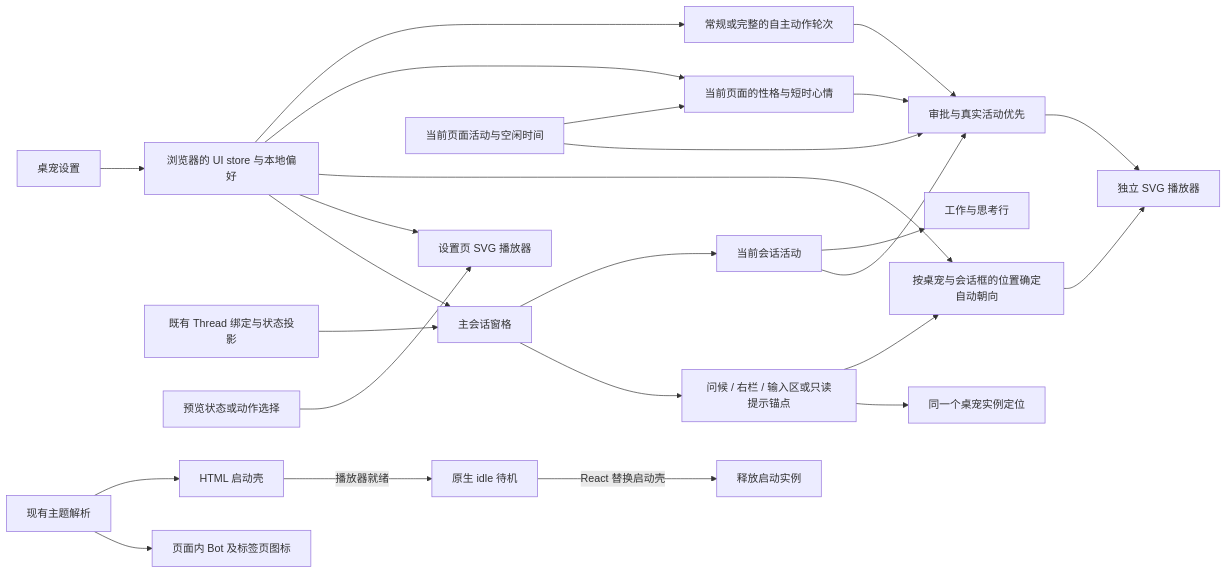
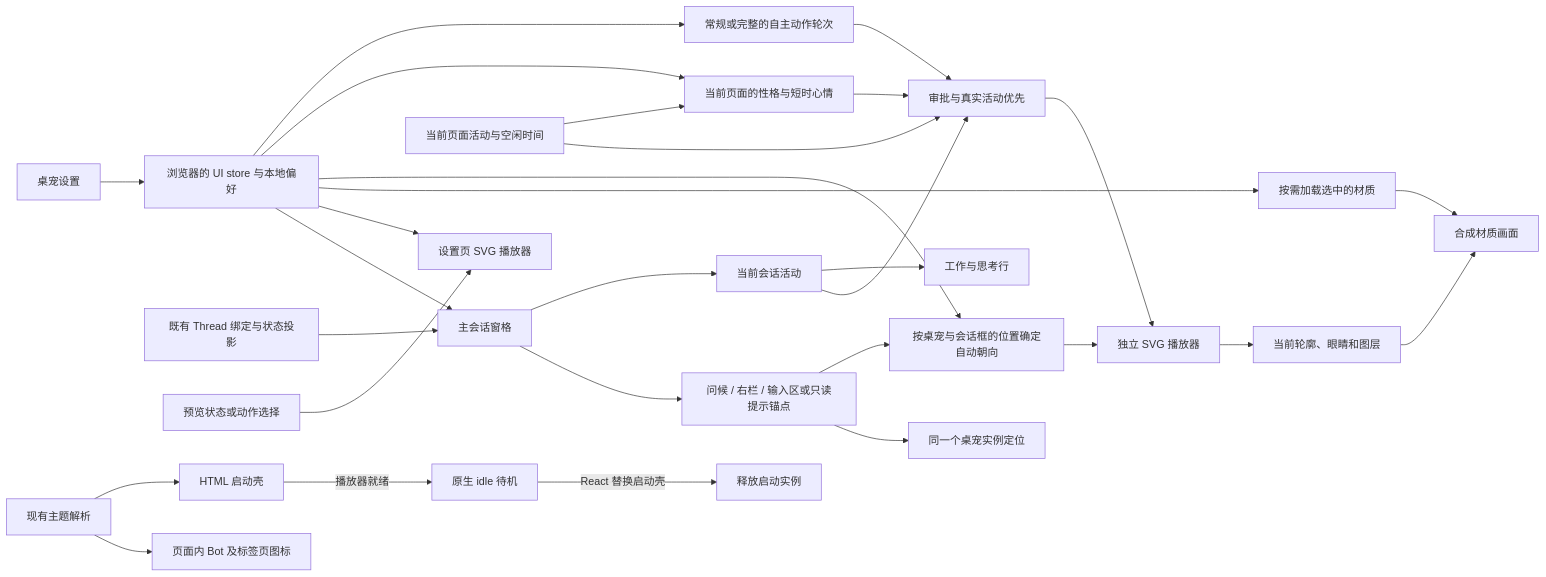
The diagram in specs/selfhost-codex/brand-and-conversation-pet.md (LiangLiang723/codex-web), drawn with Mermaid before and after one commit. The commit also changed other lines of this file and 46 other files, not shown here.

````diff
--- a/specs/selfhost-codex/brand-and-conversation-pet.md
+++ b/specs/selfhost-codex/brand-and-conversation-pet.md
@@ -30,27 +32,31 @@
 ```mermaid
 flowchart LR
   Settings[桌宠设置] --> Preference[浏览器的 UI store 与本地偏好]
   Preference --> Pane[主会话窗格]
   Preference --> Preview[设置页 SVG 播放器]
+  Preference --> Material[按需加载选中的材质]
   Runtime[既有 Thread 绑定与状态投影] --> Pane
   Pane --> Anchor[问候 / 右栏 / 输入区或只读提示锚点]
   Anchor --> Pet[同一个桌宠实例定位]
   Anchor --> Facing[按桌宠与会话框的位置确定自动朝向]
   Preference --> Facing
   Facing --> Player
   Pane --> Activity[当前会话活动]
   Activity --> Motion[审批与真实活动优先]
   Gesture[当前页面活动与空闲时间] --> Motion
   Motion --> Player[独立 SVG 播放器]
+  Player --> Geometry[当前轮廓、眼睛和图层]
+  Geometry --> Paint[合成材质画面]
+  Material --> Paint
   Activity --> Summary[工作与思考行]
   Preference --> Mood[当前页面的性格与短时心情]
   Gesture --> Mood
   Mood --> Motion
   Preference --> Repertoire[常规或完整的自主动作轮次]
   Repertoire --> Motion
   Preset[预览状态或动作选择] --> Preview[设置页 SVG 播放器]
   Theme[现有主题解析] --> Mark[页面内 Bot 及标签页图标]
   Theme --> Startup[HTML 启动壳]
   Startup -->|播放器就绪| Loading[原生 idle 待机]
   Loading -->|React 替换启动壳| Dispose[释放启动实例]
 ```
````
